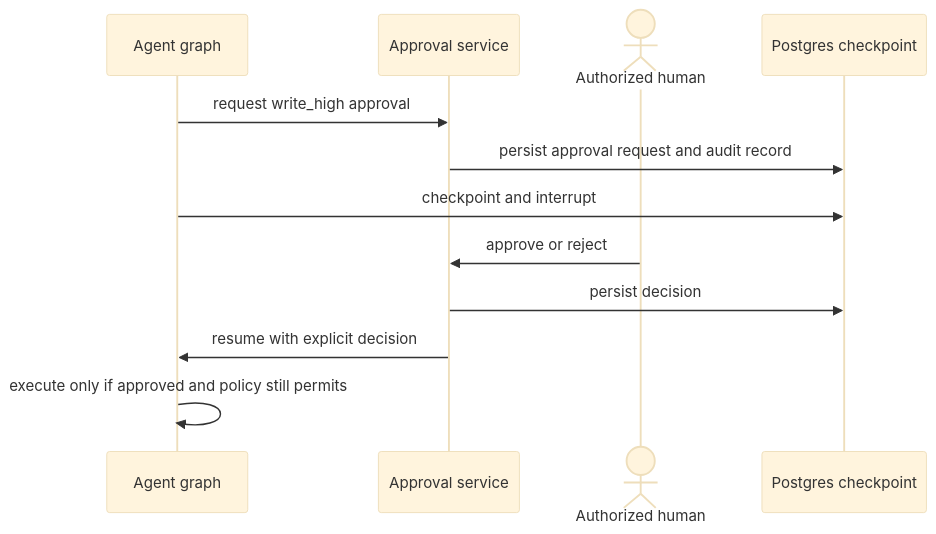
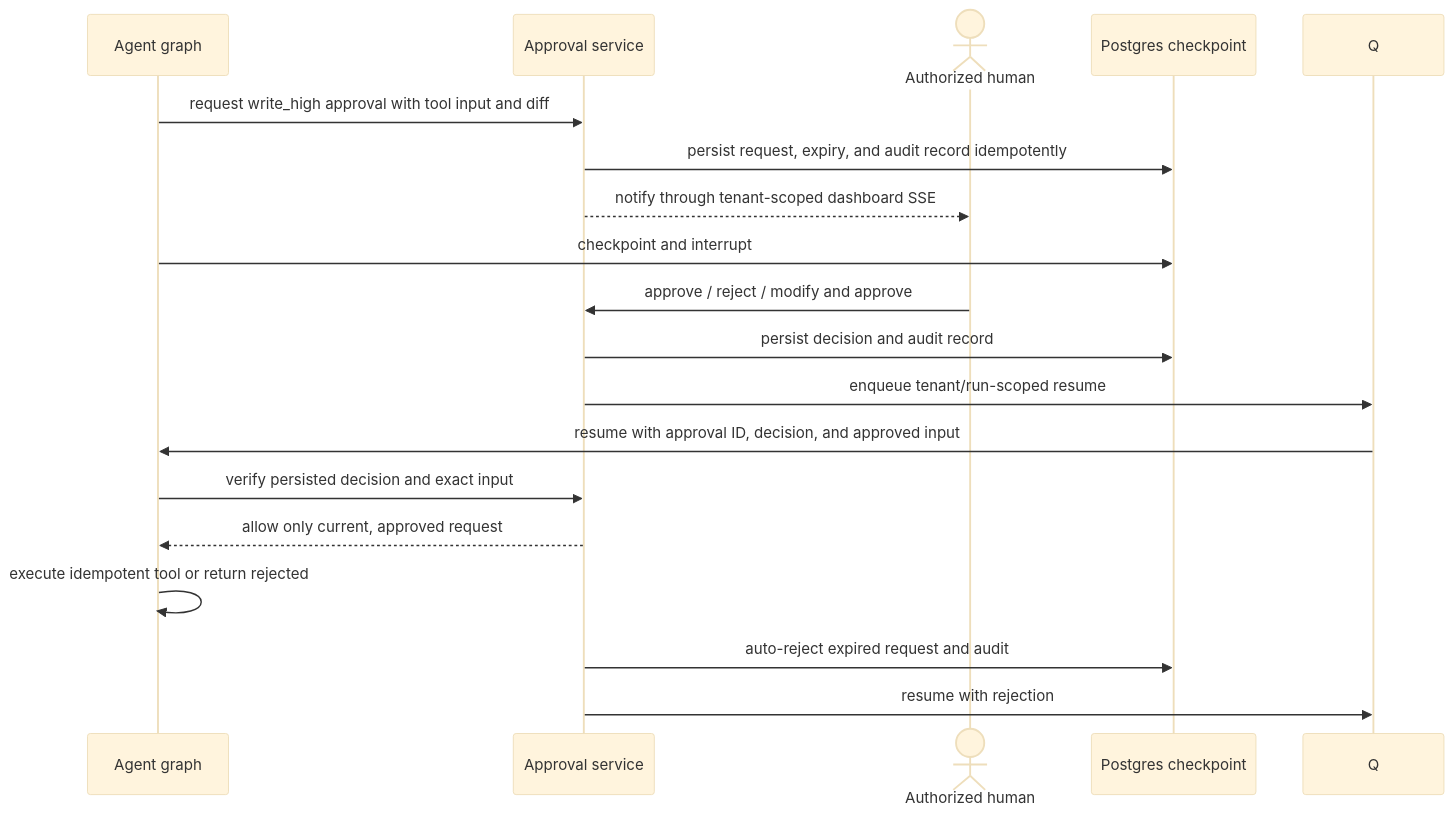
Before and after one commit to emmanuelmassawe/Multi-agent-e-commerce-platform: the second of 7 diagrams in docs/architecture/05-sequences.md, drawn with Mermaid (base theme). The commit also changed 28 other files, not shown here.

````diff
--- a/docs/architecture/05-sequences.md
+++ b/docs/architecture/05-sequences.md
@@ -24,14 +24,20 @@
 ```mermaid
 sequenceDiagram
   participant G as Agent graph
   participant A as Approval service
   actor H as Authorized human
   participant DB as Postgres checkpoint
-  G->>A: request write_high approval
-  A->>DB: persist approval request and audit record
+  G->>A: request write_high approval with tool input and diff
+  A->>DB: persist request, expiry, and audit record idempotently
+  A-->>H: notify through tenant-scoped dashboard SSE
   G->>DB: checkpoint and interrupt
-  H->>A: approve or reject
-  A->>DB: persist decision
-  A->>G: resume with explicit decision
-  G->>G: execute only if approved and policy still permits
+  H->>A: approve / reject / modify and approve
+  A->>DB: persist decision and audit record
+  A->>Q: enqueue tenant/run-scoped resume
+  Q->>G: resume with approval ID, decision, and approved input
+  G->>A: verify persisted decision and exact input
+  A-->>G: allow only current, approved request
+  G->>G: execute idempotent tool or return rejected
+  A->>DB: auto-reject expired request and audit
+  A->>Q: resume with rejection
 ```
````
